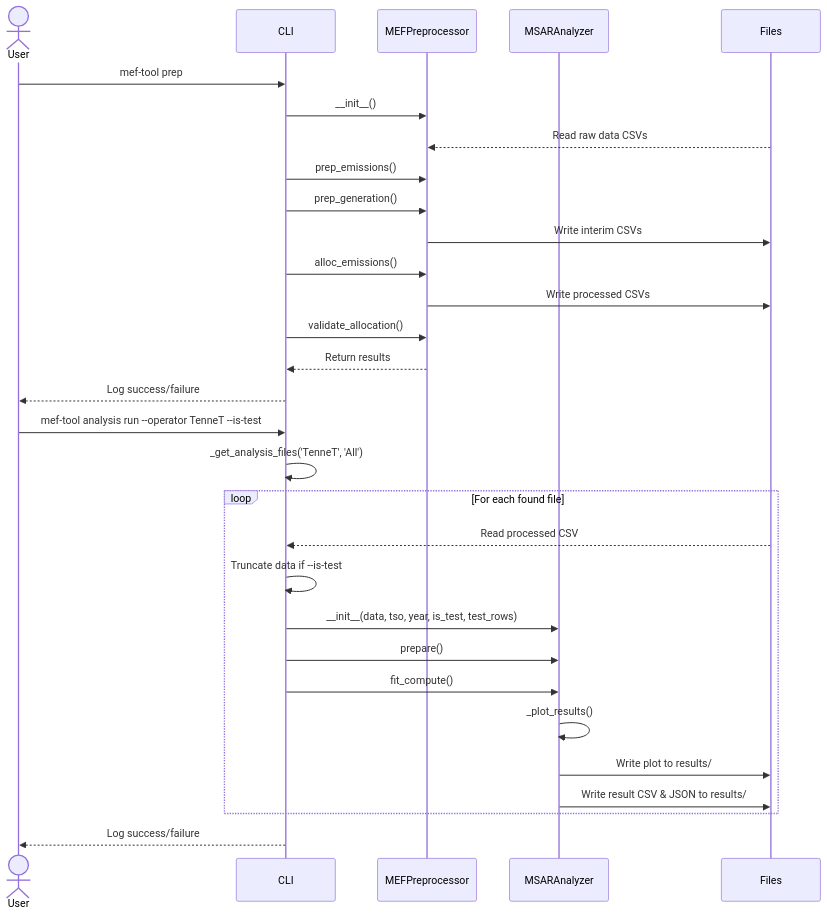
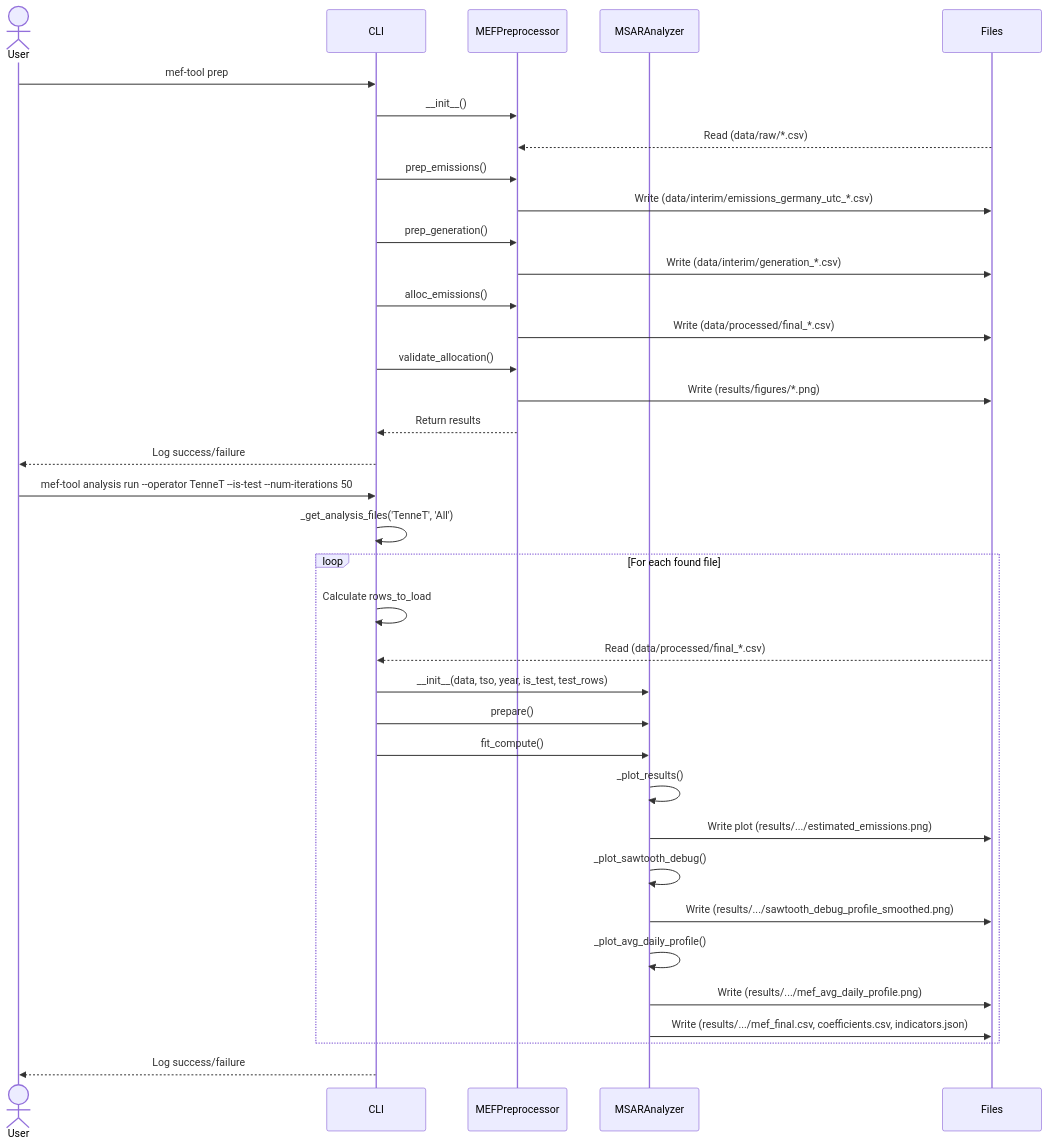
Before and after one commit to AK960/marginal-emissions-germany: the diagram in README.md, drawn with Mermaid. The commit also changed other lines of this file and 1 other file, not shown here.

Commit message:
Update Readme CLI documentation and mermaid diagram

````diff
--- a/README.md
+++ b/README.md
@@ -48,44 +48,51 @@
 ```mermaid
 sequenceDiagram
     actor User
     participant CLI
     participant MEFPreprocessor
     participant MSARAnalyzer
     participant Files
 
     User->>CLI: mef-tool prep
     CLI->>MEFPreprocessor: __init__()
     
-    Files-->>MEFPreprocessor: Read raw data CSVs
+    Files-->>MEFPreprocessor: Read (data/raw/*.csv)
     
     CLI->>MEFPreprocessor: prep_emissions()
+    MEFPreprocessor->>Files: Write (data/interim/emissions_germany_utc_*.csv)
+    
     CLI->>MEFPreprocessor: prep_generation()
-    
-    MEFPreprocessor->>Files: Write interim CSVs
+    MEFPreprocessor->>Files: Write (data/interim/generation_*.csv)
     
     CLI->>MEFPreprocessor: alloc_emissions()
-    
-    MEFPreprocessor->>Files: Write processed CSVs
+    MEFPreprocessor->>Files: Write (data/processed/final_*.csv)
     
     CLI->>MEFPreprocessor: validate_allocation()
+    MEFPreprocessor->>Files: Write (results/figures/*.png)
     MEFPreprocessor-->>CLI: Return results
     CLI-->>User: Log success/failure
 
-    User->>CLI: mef-tool analysis run --operator TenneT --is-test
+    User->>CLI: mef-tool analysis run --operator TenneT --is-test --num-iterations 50
     CLI->>CLI: _get_analysis_files('TenneT', 'All')
     
     loop For each found file
-        Files-->>CLI: Read processed CSV
-        CLI->>CLI: Truncate data if --is-test
+        CLI->>CLI: Calculate rows_to_load
+        Files-->>CLI: Read (data/processed/final_*.csv)
         CLI->>MSARAnalyzer: __init__(data, tso, year, is_test, test_rows)
         CLI->>MSARAnalyzer: prepare()
         CLI->>MSARAnalyzer: fit_compute()
         
         MSARAnalyzer->>MSARAnalyzer: _plot_results()
-        MSARAnalyzer->>Files: Write plot to results/
+        MSARAnalyzer->>Files: Write plot (results/.../estimated_emissions.png)
         
-        MSARAnalyzer->>Files: Write result CSV & JSON to results/
+        MSARAnalyzer->>MSARAnalyzer: _plot_sawtooth_debug()
+        MSARAnalyzer->>Files: Write (results/.../sawtooth_debug_profile_smoothed.png)
+
+        MSARAnalyzer->>MSARAnalyzer: _plot_avg_daily_profile()
+        MSARAnalyzer->>Files: Write (results/.../mef_avg_daily_profile.png)
+        
+        MSARAnalyzer->>Files: Write (results/.../mef_final.csv, coefficients.csv, indicators.json)
         
     end
     CLI-->>User: Log success/failure
 ```
````
